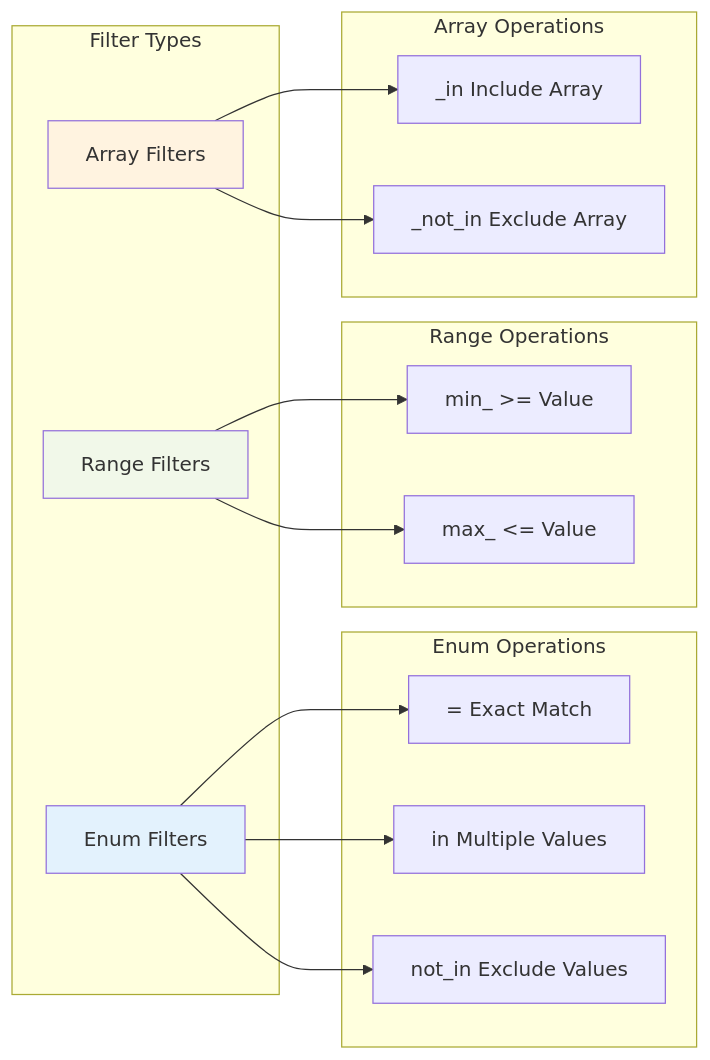
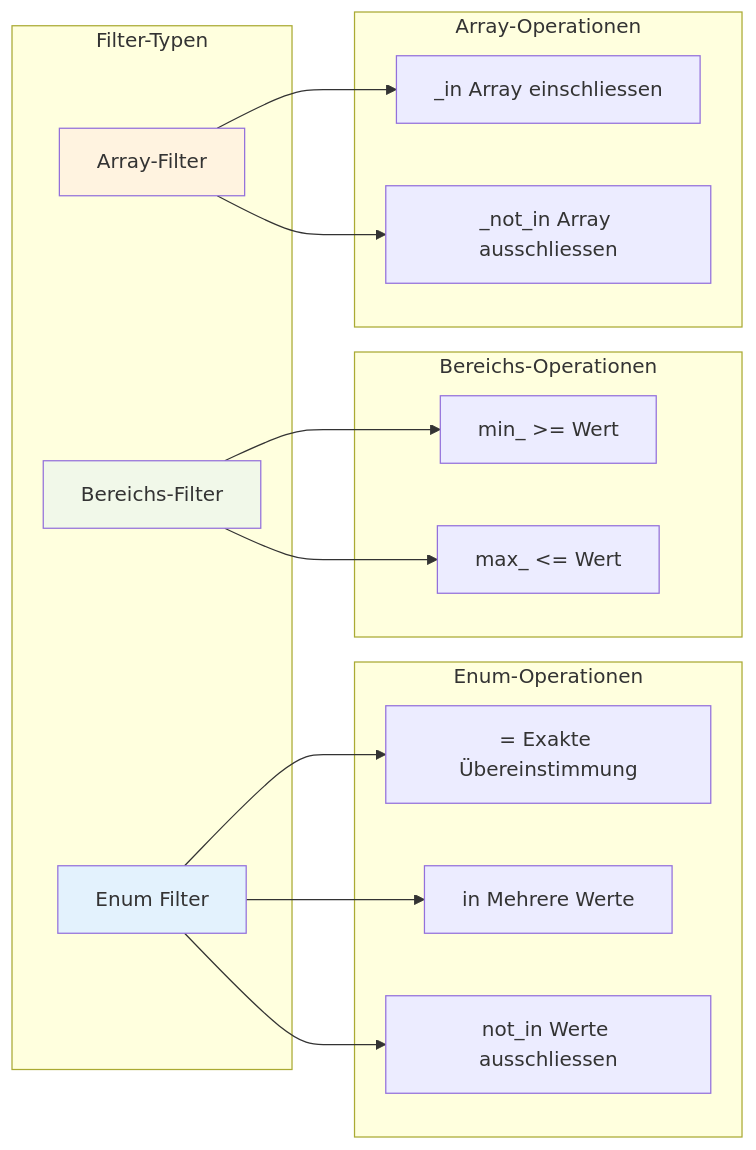
Before and after one commit to chrisoco/APDE_BE: the fourth of 6 diagrams in docs/src/GenericFilter.md, drawn with Mermaid. The commit also changed other lines of this file and 14 other files, not shown here.

````diff
--- a/docs/src/GenericFilter.md
+++ b/docs/src/GenericFilter.md
@@ -144,36 +144,36 @@
 ```mermaid
 graph LR
-    subgraph "Filter Types"
-        Enum[Enum Filters]
-        Range[Range Filters]
-        Array[Array Filters]
+    subgraph "Filter-Typen"
+        Enum[Enum Filter]
+        Range[Bereichs-Filter]
+        Array[Array-Filter]
     end
-    
-    subgraph "Enum Operations"
-        E1[= Exact Match]
-        E2[in Multiple Values]
-        E3[not_in Exclude Values]
+
+    subgraph "Enum-Operationen"
+        E1[= Exakte Übereinstimmung]
+        E2[in Mehrere Werte]
+        E3[not_in Werte ausschliessen]
     end
-    
-    subgraph "Range Operations"
-        R1[min_ >= Value]
-        R2[max_ <= Value]
+
+    subgraph "Bereichs-Operationen"
+        R1[min_ >= Wert]
+        R2[max_ <= Wert]
     end
-    
-    subgraph "Array Operations"
-        A1[_in Include Array]
-        A2[_not_in Exclude Array]
+
+    subgraph "Array-Operationen"
+        A1[_in Array einschliessen]
+        A2[_not_in Array ausschliessen]
     end
-    
+
     Enum --> E1
     Enum --> E2
     Enum --> E3
     Range --> R1
     Range --> R2
     Array --> A1
     Array --> A2
-    
+
     style Enum fill:#e3f2fd
     style Range fill:#f1f8e9
     style Array fill:#fff3e0
 ```
````
